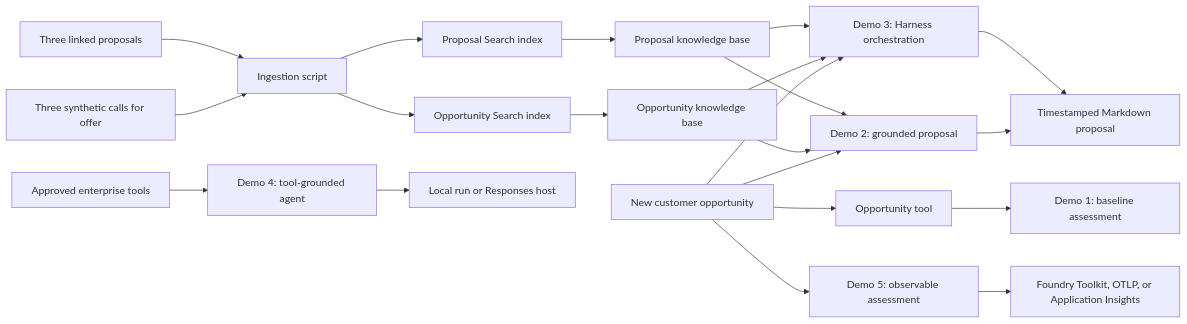
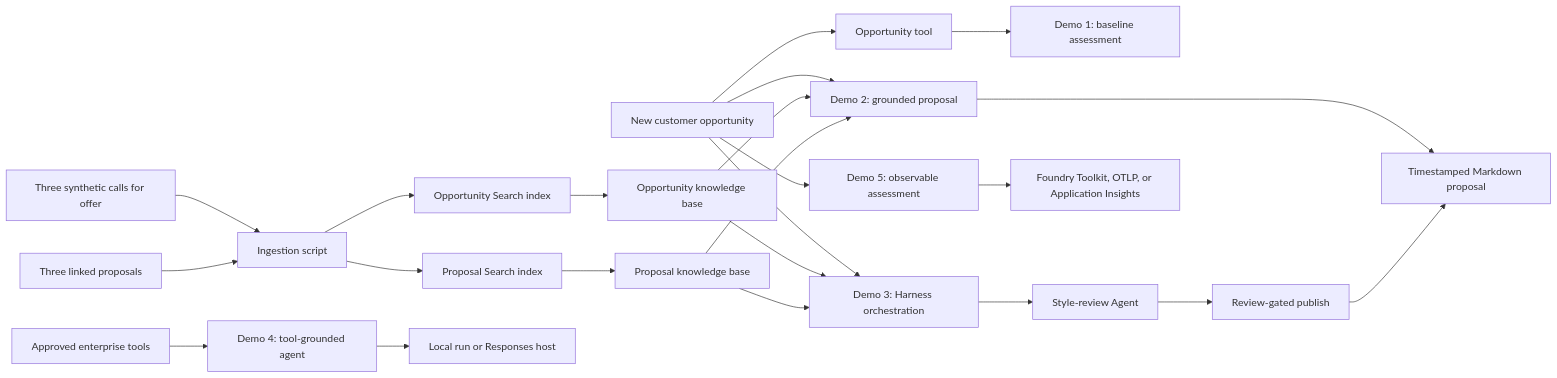
Before and after one commit to flo7up/RFP-Agent-On-Microsoft-Foundry: the diagram in README.md, drawn with Mermaid. The commit also changed other lines of this file and 19 other files, not shown here.

````diff
--- a/README.md
+++ b/README.md
@@ -18,27 +40,29 @@
 ```mermaid
 flowchart LR
     H[Three synthetic calls for offer] --> I[Ingestion script]
     P[Three linked proposals] --> I
     I --> OS[Opportunity Search index]
     I --> PS[Proposal Search index]
     OS --> OKB[Opportunity knowledge base]
     PS --> PKB[Proposal knowledge base]
 
     O[New customer opportunity] --> OT[Opportunity tool]
     OT --> D1[Demo 1: baseline assessment]
     O --> D2[Demo 2: grounded proposal]
     OKB --> D2
     PKB --> D2
     D2 --> B[Timestamped Markdown proposal]
 
     O --> D3[Demo 3: Harness orchestration]
     OKB --> D3
     PKB --> D3
-    D3 --> B
+    D3 --> SR[Style-review Agent]
+    SR --> GP[Review-gated publish]
+    GP --> B
 
     T[Approved enterprise tools] --> D4[Demo 4: tool-grounded agent]
     D4 --> R[Local run or Responses host]
 
     O --> D5[Demo 5: observable assessment]
     D5 --> M[Foundry Toolkit, OTLP, or Application Insights]
 ```
````
